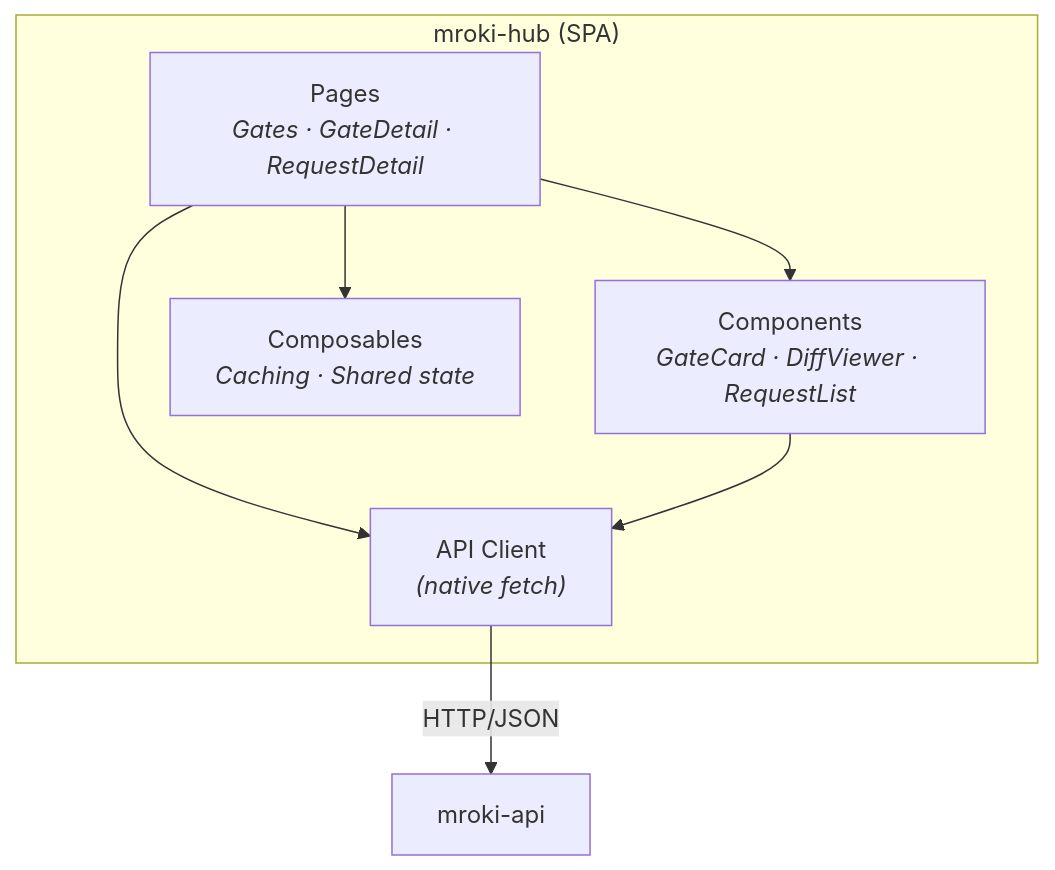
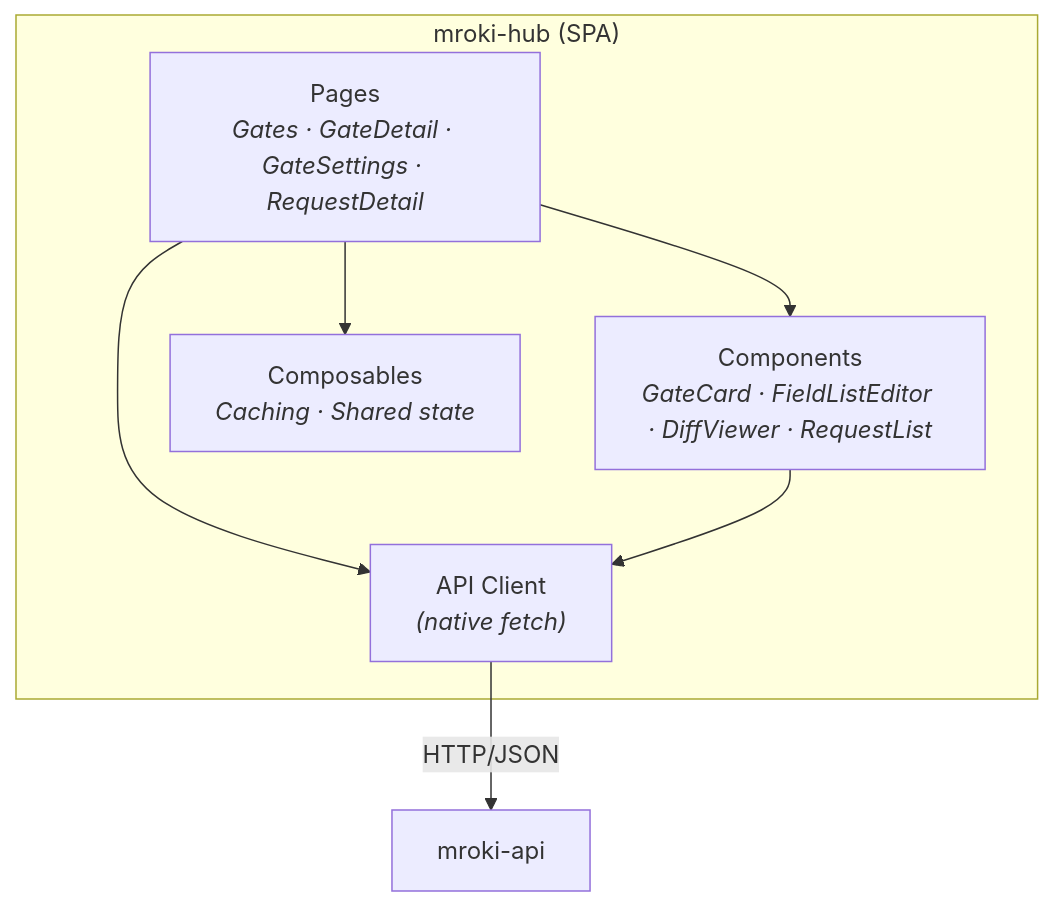
Before and after one commit to pedrobarco/mroki: the diagram in docs/components/MROKI_HUB.md, drawn with Mermaid. The commit also changed other lines of this file and 26 other files, not shown here.

Commit message:
feat(hub): add Gate Settings page and refactor cache composable (#6)

````diff
--- a/docs/components/MROKI_HUB.md
+++ b/docs/components/MROKI_HUB.md
@@ -32,10 +33,10 @@
 ```mermaid
 graph TD
     subgraph "mroki-hub (SPA)"
-        Pages["Pages<br><i>Gates · GateDetail · RequestDetail</i>"] --> Components["Components<br><i>GateCard · DiffViewer · RequestList</i>"]
+        Pages["Pages<br><i>Gates · GateDetail · GateSettings · RequestDetail</i>"] --> Components["Components<br><i>GateCard · FieldListEditor · DiffViewer · RequestList</i>"]
         Pages --> Composables["Composables<br><i>Caching · Shared state</i>"]
         Pages & Components --> APIClient["API Client<br><i>(native fetch)</i>"]
     end
 
     APIClient -->|HTTP/JSON| API[mroki-api]
 ```
````
